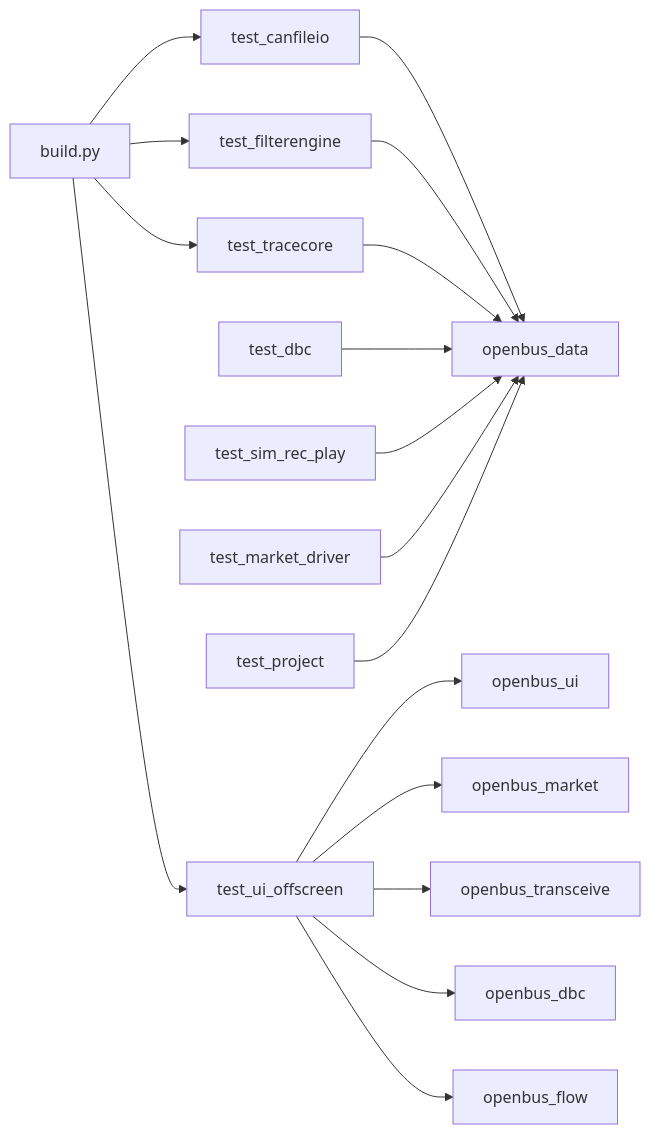
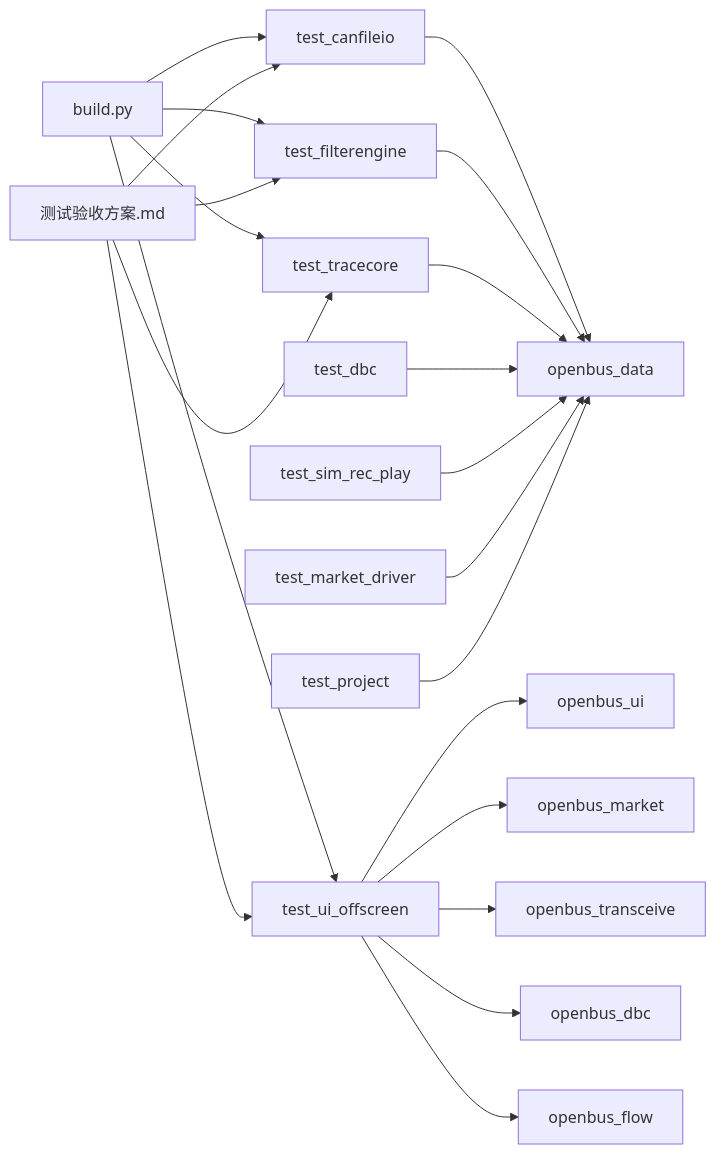
The seventh of 7 diagrams in .qoder/repowiki/zh/content/开发指南/测试策略文档.md (jakecai1225-design/OpenBus), drawn with Mermaid before and after one commit. The commit also changed other lines of this file and 151 other files, not shown here.

````diff
--- a/.qoder/repowiki/zh/content/开发指南/测试策略文档.md
+++ b/.qoder/repowiki/zh/content/开发指南/测试策略文档.md
@@ -231,19 +239,23 @@
 ```mermaid
 graph LR
 T1["test_canfileio"] --> D["openbus_data"]
 T2["test_filterengine"] --> D
 T3["test_tracecore"] --> D
 T4["test_dbc"] --> D
 T5["test_sim_rec_play"] --> D
 T6["test_market_driver"] --> D
 T7["test_project"] --> D
 U["test_ui_offscreen"] --> UI["openbus_ui"]
 U --> M["openbus_market"]
 U --> TR["openbus_transceive"]
 U --> DB["openbus_dbc"]
 U --> FL["openbus_flow"]
 B["build.py"] --> T1
 B --> T2
 B --> T3
 B --> U
+R["测试验收方案.md"] --> T1
+R --> T2
+R --> T3
+R --> U
 ```
````
